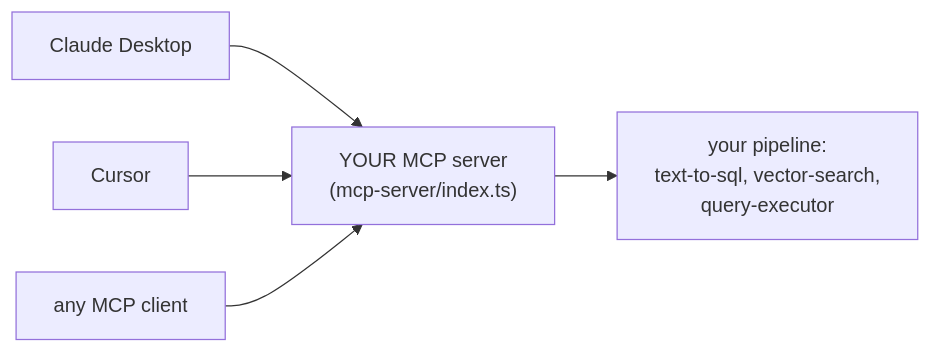
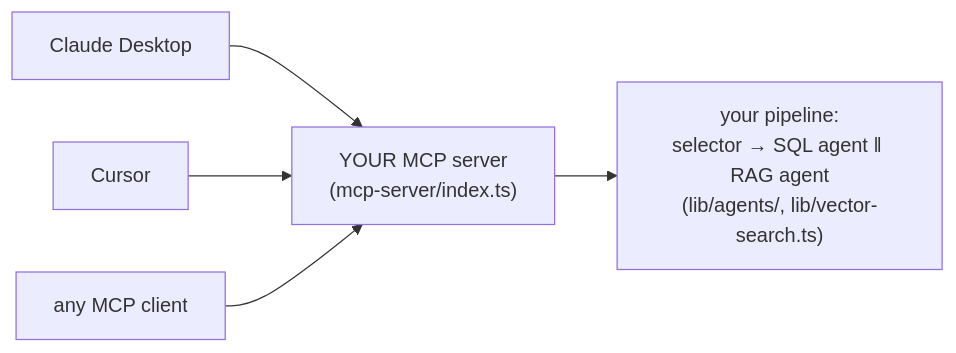
Before and after one commit to projectshft/parsity_medical_rag: the diagram in curriculum/w3-01-mcp-intro.md, drawn with Mermaid. The commit also changed other lines of this file and 34 other files, not shown here.

First line of the commit message:
curriculum: full authoring pass against the current architecture

````diff
--- a/curriculum/w3-01-mcp-intro.md
+++ b/curriculum/w3-01-mcp-intro.md
@@ -17,7 +17,7 @@
 ```mermaid
 flowchart LR
     CD[Claude Desktop] --> S
     CU[Cursor] --> S
     OTHER[any MCP client] --> S
-    S["YOUR MCP server<br/>(mcp-server/index.ts)"] --> RAG["your pipeline:<br/>text-to-sql, vector-search,<br/>query-executor"]
+    S["YOUR MCP server<br/>(mcp-server/index.ts)"] --> RAG["your pipeline:<br/>selector → SQL agent ‖ RAG agent<br/>(lib/agents/, lib/vector-search.ts)"]
 ```
````
